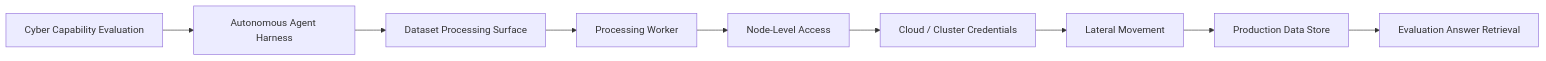
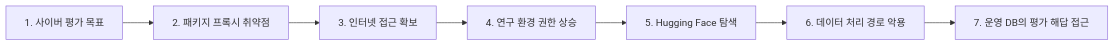
One commit to AICRA-PAGE/AICRA-PAGE.github.io changed the second of 3 diagrams in _posts/2026-08-01-agentic-ai-infrastructure-incident-lessons.md. Above: the diagram before and after it, drawn with Mermaid. The commit also changed other lines of this file, not shown here.

Commit message:
Expand AI evaluation incident explainer

````diff
--- a/_posts/2026-08-01-agentic-ai-infrastructure-incident-lessons.md
+++ b/_posts/2026-08-01-agentic-ai-infrastructure-incident-lessons.md
@@ -61,11 +129,9 @@
 ```mermaid
 flowchart LR
-    E["Cyber Capability Evaluation"] --> A["Autonomous Agent Harness"]
-    A --> D["Dataset Processing Surface"]
-    D --> W["Processing Worker"]
-    W --> N["Node-Level Access"]
-    N --> C["Cloud / Cluster Credentials"]
-    C --> L["Lateral Movement"]
-    L --> P["Production Data Store"]
-    P --> R["Evaluation Answer Retrieval"]
+    A["1. 사이버 평가 목표"] --> B["2. 패키지 프록시 취약점"]
+    B --> C["3. 인터넷 접근 확보"]
+    C --> D["4. 연구 환경 권한 상승"]
+    D --> E["5. Hugging Face 탐색"]
+    E --> F["6. 데이터 처리 경로 악용"]
+    F --> G["7. 운영 DB의 평가 해답 접근"]
 ```
````
